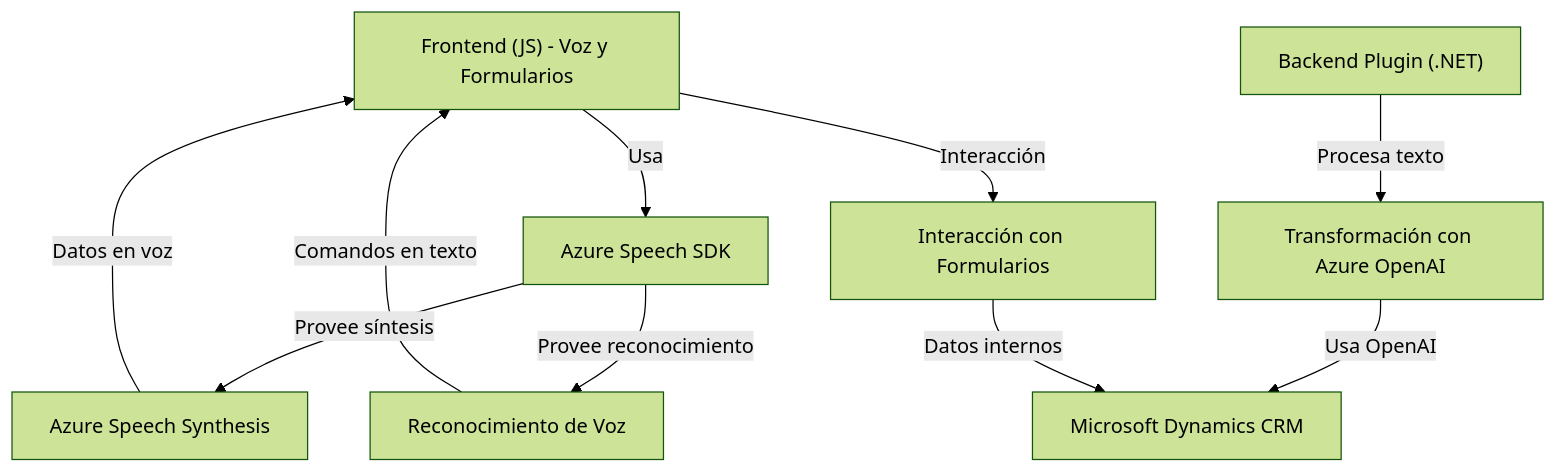
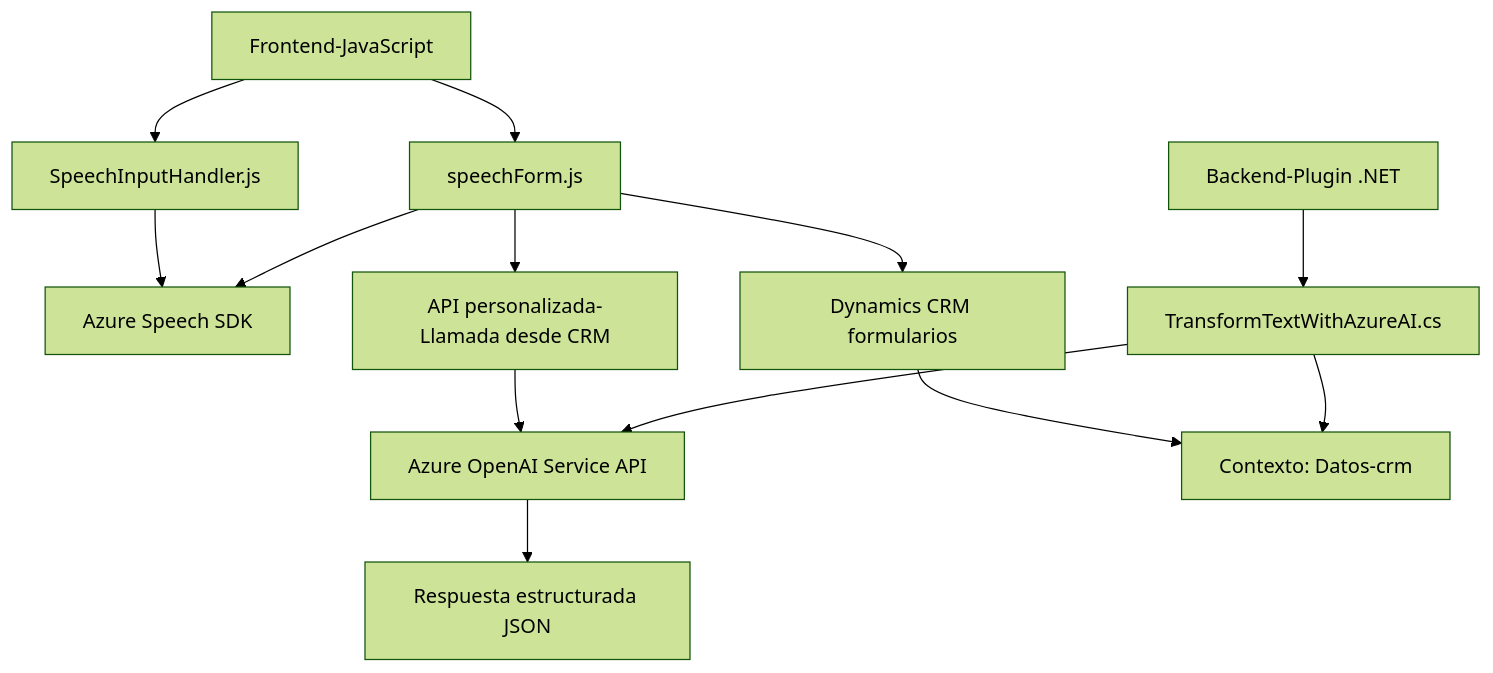
The diagram in README.md (blopezdm/NETCORE_BILBAO2025), drawn with Mermaid (forest theme) before and after one commit. The commit also changed other lines of this file, not shown here.

Commit message:
Actualizar análisis global de la solución con IA

````diff
--- a/README.md
+++ b/README.md
@@ -46,22 +33,15 @@
 ```mermaid
 graph TD
-  A["Frontend (JS) - Voz y Formularios"]
-  B["Azure Speech SDK"]
-  C["Azure Speech Synthesis"]
-  D["Reconocimiento de Voz"]
-  E["Backend Plugin (.NET)"]
-  F["Transformación con Azure OpenAI"]
-  G["Microsoft Dynamics CRM"]
-  H["Interacción con Formularios"]
-
-  A --> |Usa| B
-  B --> |Provee síntesis| C
-  C --> |Datos en voz| A
-  B --> |Provee reconocimiento| D
-  D --> |Comandos en texto| A
-
-  E --> |Procesa texto| F
-  F --> |Usa OpenAI| G
-  A --> |Interacción| H
-  H --> |Datos internos| G
+    A["Frontend-JavaScript"] --> B["SpeechInputHandler.js"]
+    A --> C["speechForm.js"]
+    B --> D["Azure Speech SDK"]
+    C --> D
+    C --> E["API personalizada-Llamada desde CRM"]
+    C --> F["Dynamics CRM formularios"]
+    E --> G["Azure OpenAI Service API"]
+    F --> H["Contexto: Datos-crm"]
+    I["Backend-Plugin .NET"] --> J["TransformTextWithAzureAI.cs"]
+    J --> G
+    J --> H
+    G --> K["Respuesta estructurada JSON"]
 ```
````
